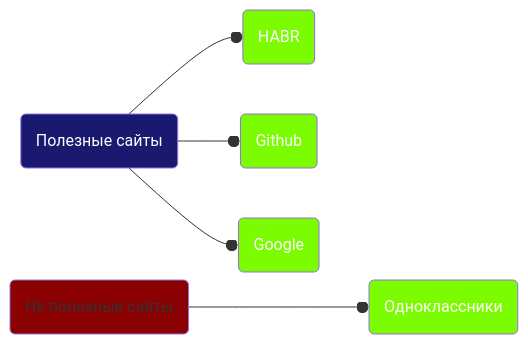
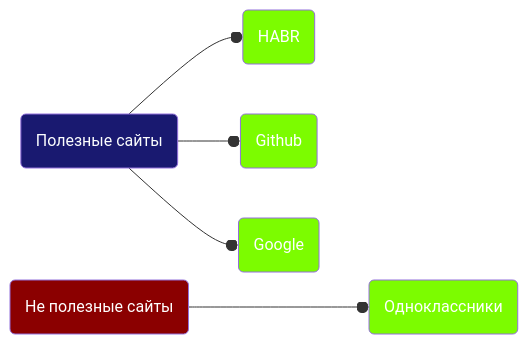
Before and after one commit to Kostrov2003/FirstSite: the diagram in test.md, drawn with Mermaid.

````diff
--- a/test.md
+++ b/test.md
@@ -1,20 +1,20 @@
 ```mermaid 
 graph LR
 classDef class1 fill:#191970, color:#fbfdfe
 classDef class2 fill:#7CFC00,color:#FFFFFF
-classDef class3 fill:#8B0000, color:FFFFFF
+classDef class3 fill:#8B0000, color:#FFFFFF
 
 A(Полезные сайты<br>):::class1 --o B(HABR<br>):::class2
 click B "https://habr.com/ru/all/" _blank
 
 A --o C(Github<br>):::class2
 click C "https://github.com/" _blank
 
 A --o D(Google<br>):::class2
 click D "https://www.google.com/webhp?hl=ru&sa=X&ved=0ahUKEwisq9KR38n9AhUQposKHUIPAPgQPAgI" _blank
 
 E(Не полезные сайты<br>):::class3 ---o F(Одноклассники<br>):::class2
 click F "https://ok.ru/"
 
 
 ```
````
